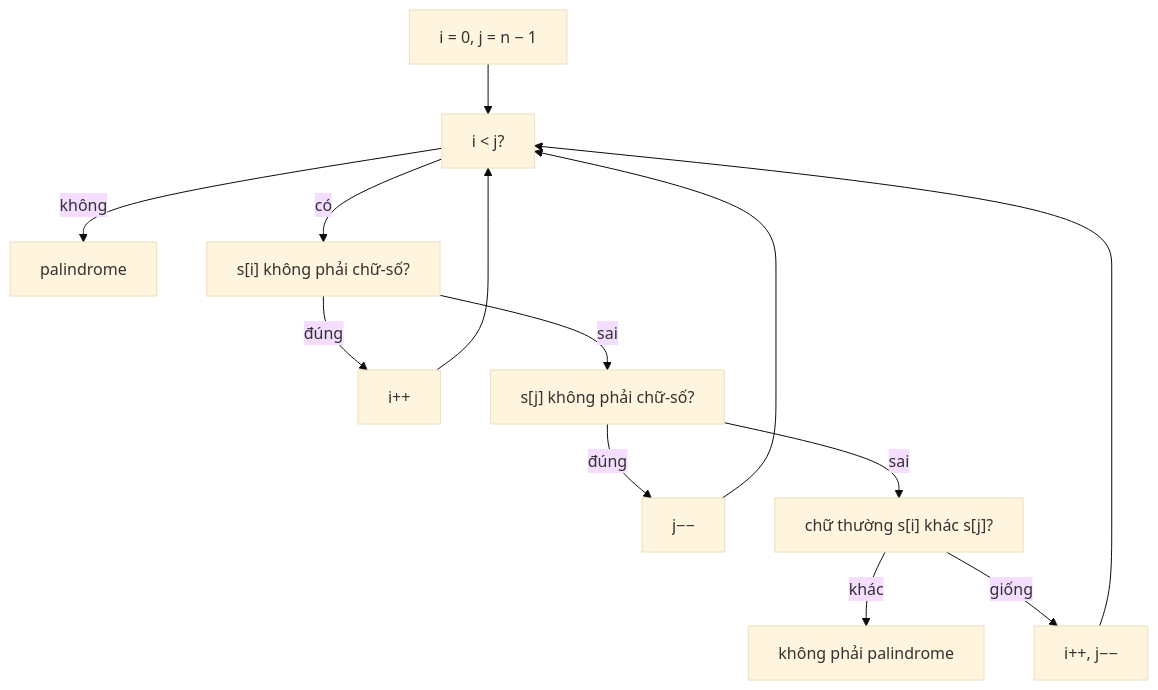
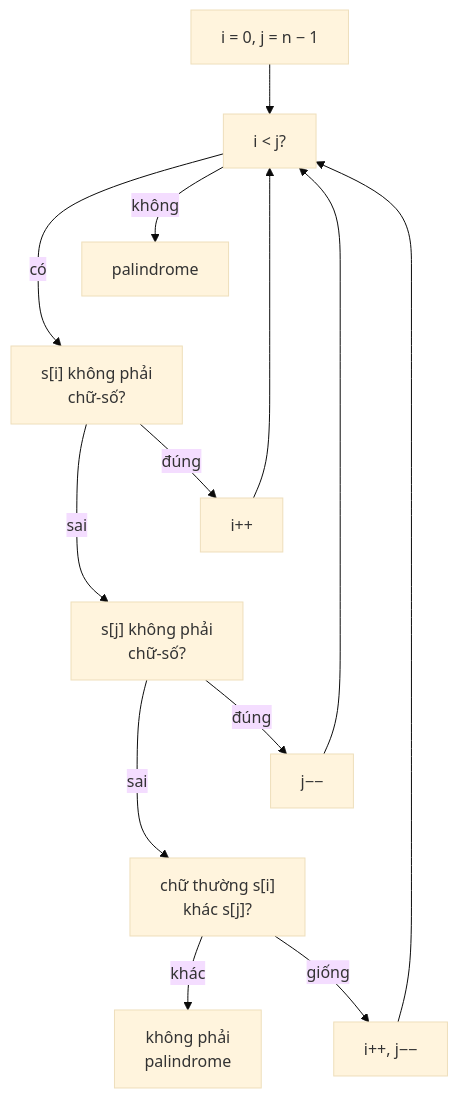
The diagram in content/problems/valid-palindrome.md (duongbui234/software-engineering-atlas), drawn with Mermaid (base theme) before and after one commit. The commit also changed 134 other files, not shown here.

First line of the commit message:
Fit every Mermaid diagram at 390px without sideways scroll (#56)

````diff
--- a/content/problems/valid-palindrome.md
+++ b/content/problems/valid-palindrome.md
@@ -45,12 +45,15 @@
 ```mermaid
 flowchart TB
   A["i = 0, j = n − 1"] --> B["i < j?"]
   B -->|"không"| T["palindrome"]
-  B -->|"có"| C["s[i] không phải chữ-số?"]
+  B -->|"có"| C["s[i] không phải<br/>chữ-số?"]
   C -->|"đúng"| C1["i++"] --> B
-  C -->|"sai"| D["s[j] không phải chữ-số?"]
+  C -->|"sai"| D["s[j] không phải<br/>chữ-số?"]
   D -->|"đúng"| D1["j−−"] --> B
-  D -->|"sai"| E["chữ thường s[i] khác s[j]?"]
-  E -->|"khác"| F["không phải palindrome"]
+  D -->|"sai"| E["chữ thường s[i]<br/>khác s[j]?"]
+  E -->|"khác"| F["không phải<br/>palindrome"]
   E -->|"giống"| G["i++, j−−"] --> B
+  T ~~~ C
+  C1 ~~~ D
+  D1 ~~~ E
 ```
````
